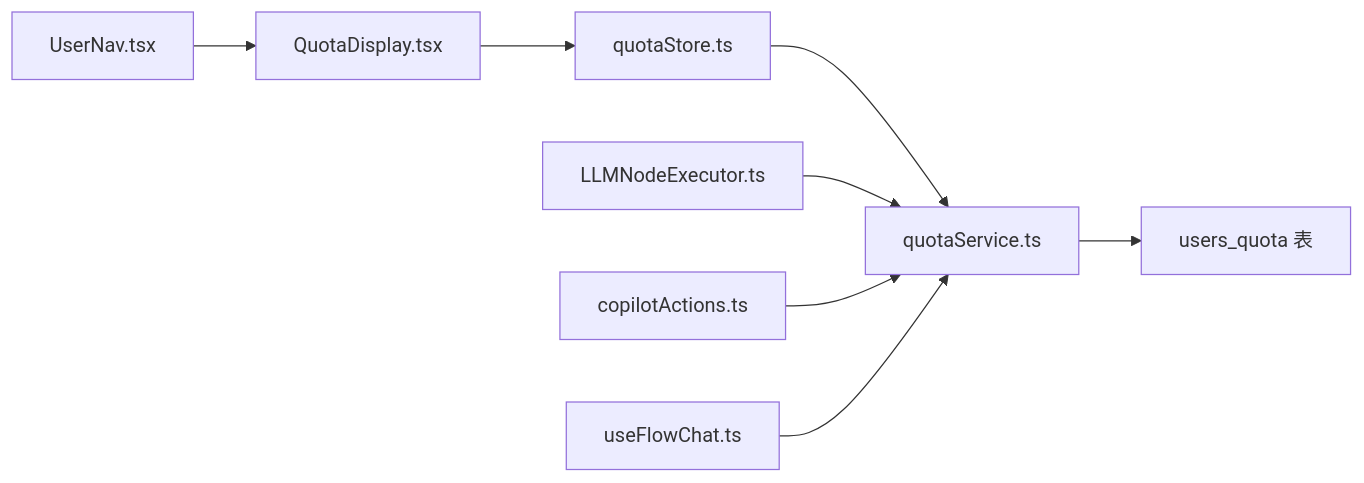
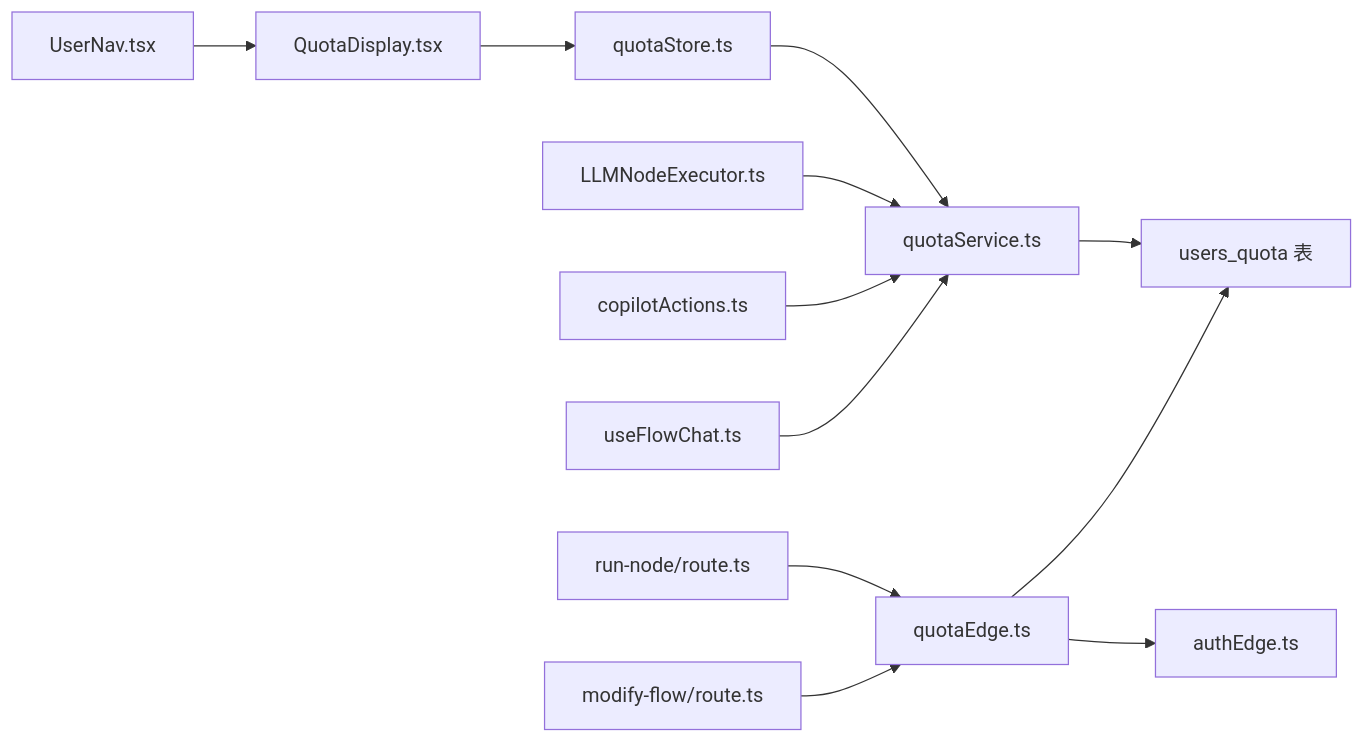
The seventh of 7 diagrams in .qoder/repowiki/zh/content/服务层与外部集成/配额管理.md (JasperLin2333/Flash-Flow), drawn with Mermaid before and after one commit. The commit also changed other lines of this file and 12 other files, not shown here.

````diff
--- a/.qoder/repowiki/zh/content/服务层与外部集成/配额管理.md
+++ b/.qoder/repowiki/zh/content/服务层与外部集成/配额管理.md
@@ -341,10 +433,14 @@
 ```mermaid
 graph LR
 UI_QD["QuotaDisplay.tsx"] --> ST_QU["quotaStore.ts"]
 UI_UN["UserNav.tsx"] --> UI_QD
 ST_QU --> SVC_Q["quotaService.ts"]
 EX_LLM["LLMNodeExecutor.ts"] --> SVC_Q
 ACT_CPL["copilotActions.ts"] --> SVC_Q
 HK_CHAT["useFlowChat.ts"] --> SVC_Q
 SVC_Q --> DB_Q["users_quota 表"]
+API_RUN["run-node/route.ts"] --> EDGE_Q["quotaEdge.ts"]
+API_MOD["modify-flow/route.ts"] --> EDGE_Q
+EDGE_Q --> DB_Q
+EDGE_Q --> EDGE_A["authEdge.ts"]
 ```
````
